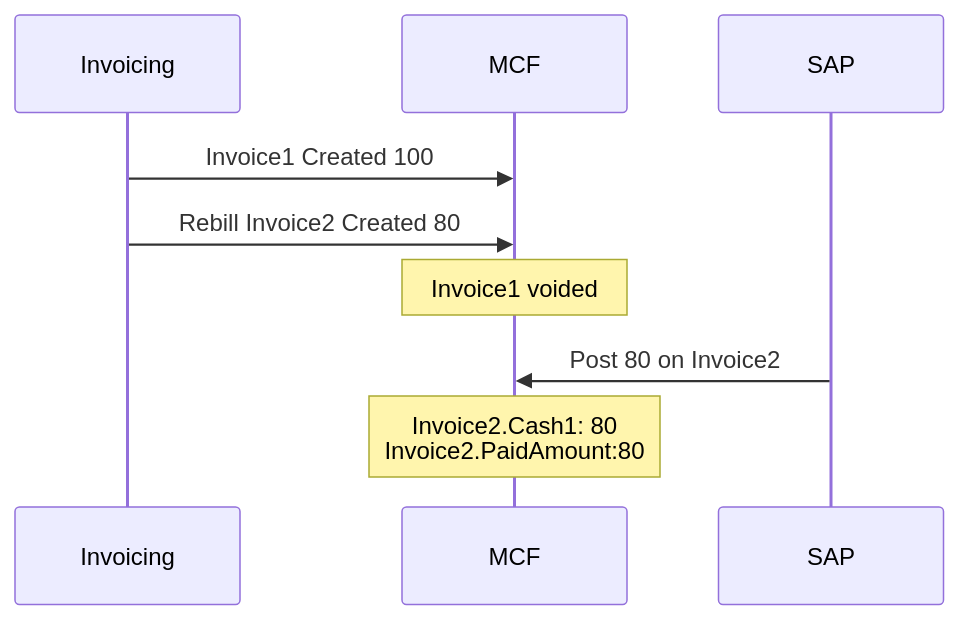
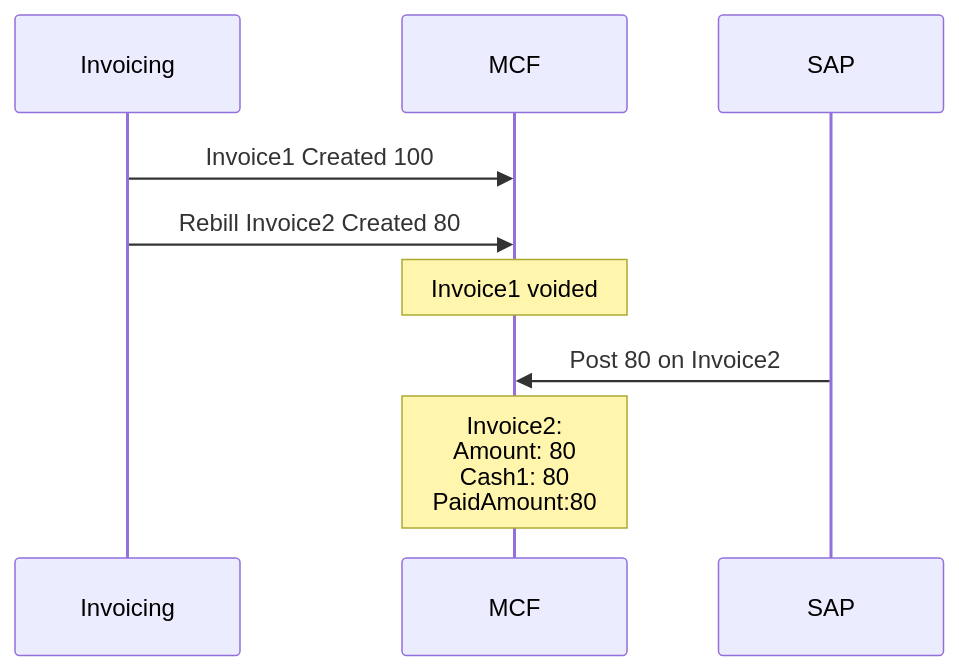
The seventh of 13 diagrams in MCF-SAP Scenarios.md (vikramsinha/test1), drawn with Mermaid before and after one commit. The commit also changed other lines of this file, not shown here.

Commit message:
Update MCF-SAP Scenarios.md

````diff
--- a/MCF-SAP Scenarios.md
+++ b/MCF-SAP Scenarios.md
@@ -129,12 +129,12 @@
 ```mermaid
 %%{init: {'theme': 'default'} }%%
 sequenceDiagram
     participant Invoicing
     participant MCF
     participant SAP
     Invoicing->>MCF: Invoice1 Created 100    
     Invoicing->>MCF: Rebill Invoice2 Created 80
     Note over MCF: Invoice1 voided
     SAP->>MCF: Post 80 on Invoice2
-    Note over MCF: Invoice2.Cash1: 80<br/>Invoice2.PaidAmount:80
+    Note over MCF: Invoice2:<br/>Amount: 80<br/>Cash1: 80<br/>PaidAmount:80
 ```
````
